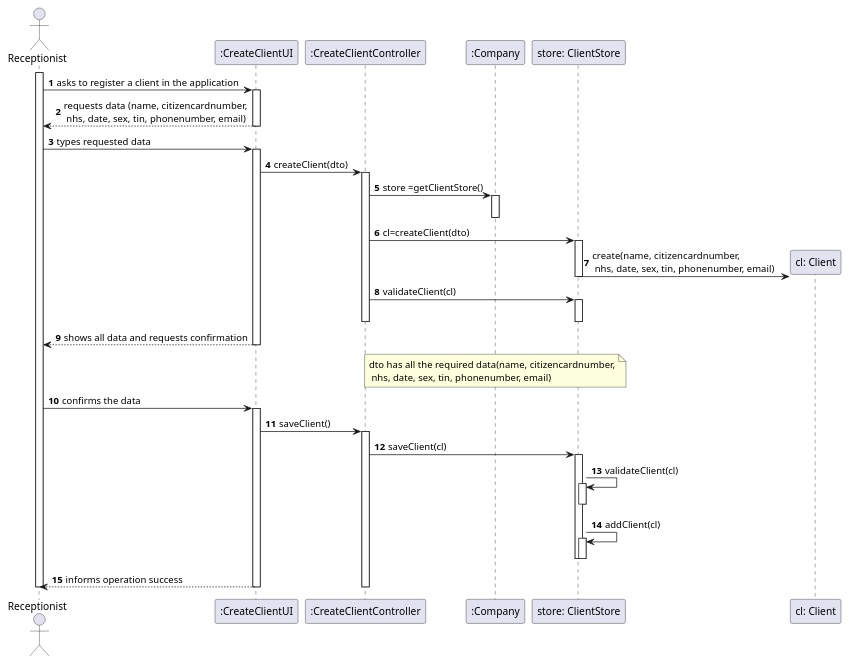
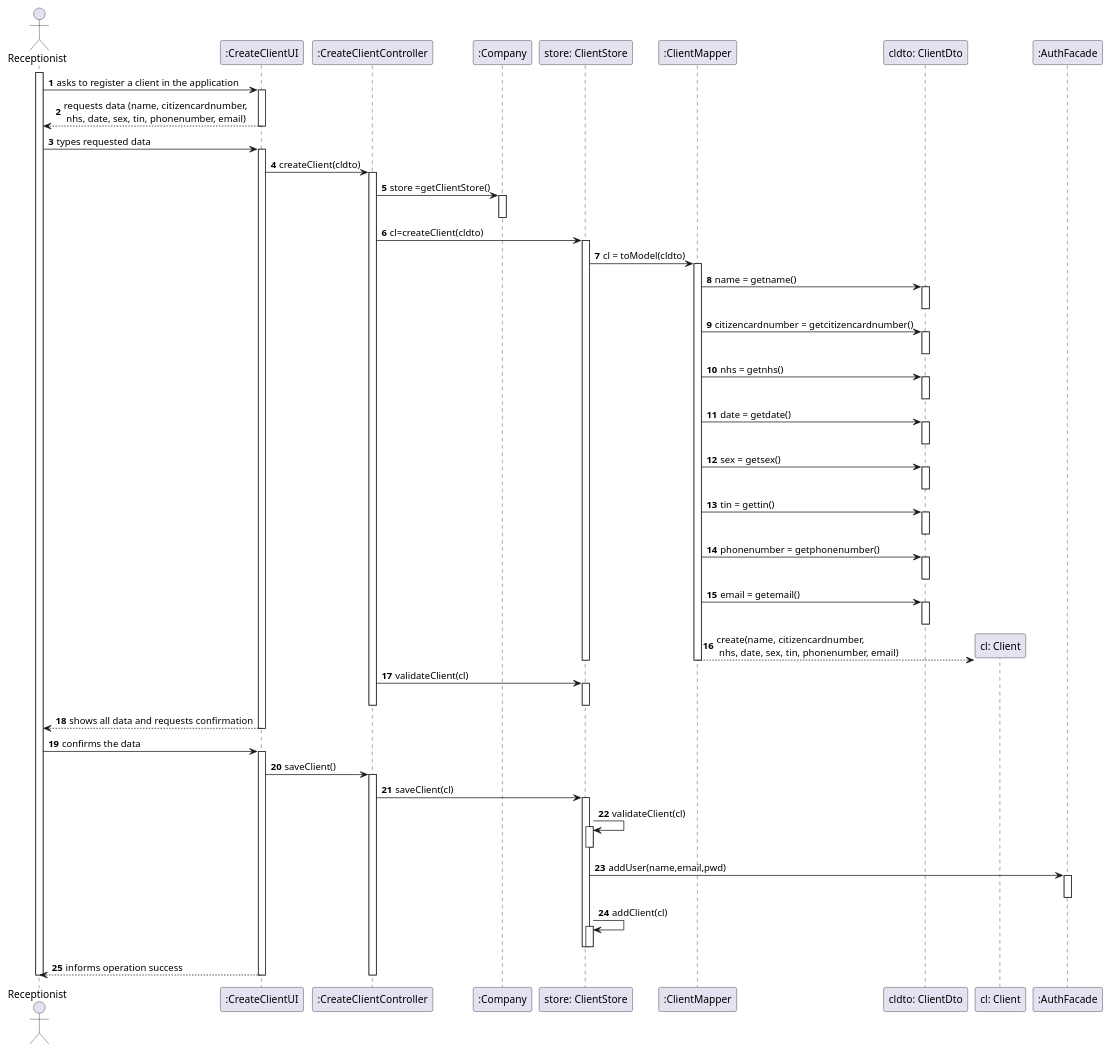
One commit to manu-07-ela/LAPR2_ISEP changed the diagram in docs/SprintB/US03/US3_SD.puml. Above: the diagram before and after it, drawn with PlantUML. The commit also changed 3 other files, not shown here.

```diff
--- a/docs/SprintB/US03/US3_SD.puml
+++ b/docs/SprintB/US03/US3_SD.puml
@@ -1,66 +1,110 @@
 @startuml
 autonumber
 'hide footbox
 actor "Receptionist" as REP
 
 participant ":CreateClientUI" as UI
 participant ":CreateClientController" as CTRL
 participant ":Company" as COMP
 participant "store: ClientStore" as CS
+participant ":ClientMapper" as CM
+participant "cldto: ClientDto" as CDTO
 participant "cl: Client" as CL
+participant ":AuthFacade" as AF
 
 activate REP
 REP -> UI : asks to register a client in the application
 activate UI
 UI --> REP : requests data (name, citizencardnumber,\n nhs, date, sex, tin, phonenumber, email)
 deactivate UI
 
 REP -> UI : types requested data
 activate UI
 
-UI -> CTRL : createClient(dto)
+UI -> CTRL : createClient(cldto)
 activate CTRL
 
 CTRL -> COMP : store =getClientStore()
 activate COMP
 deactivate COMP
 
-CTRL -> CS : cl=createClient(dto)
+CTRL -> CS : cl=createClient(cldto)
 activate CS
 
-CS -> CL** : create(name, citizencardnumber,\n nhs, date, sex, tin, phonenumber, email)
+CS -> CM : cl = toModel(cldto)
+
+activate CM
+CM -> CDTO : name = getname()
+activate CDTO
+deactivate CDTO
+
+CM -> CDTO : citizencardnumber = getcitizencardnumber()
+activate CDTO
+deactivate CDTO
+
+CM -> CDTO : nhs = getnhs()
+activate CDTO
+deactivate CDTO
+
+CM -> CDTO : date = getdate()
+activate CDTO
+deactivate CDTO
+
+CM -> CDTO : sex = getsex()
+activate CDTO
+deactivate CDTO
+
+CM -> CDTO : tin = gettin()
+activate CDTO
+deactivate CDTO
+
+CM -> CDTO : phonenumber = getphonenumber()
+activate CDTO
+deactivate CDTO
+
+CM -> CDTO : email = getemail()
+activate CDTO
+deactivate CDTO
+
+CM --> CL** : create(name, citizencardnumber,\n nhs, date, sex, tin, phonenumber, email)
+deactivate CM
 deactivate CS
+
 CTRL -> CS : validateClient(cl)
 activate CS
 deactivate CS
 deactivate CTRL
 
 UI --> REP : shows all data and requests confirmation
 deactivate COMP
 deactivate UI
-note over COMP: dto has all the required data(name, citizencardnumber,\n nhs, date, sex, tin, phonenumber, email)
 
 REP -> UI : confirms the data
 activate UI
 UI -> CTRL : saveClient()
 activate CTRL
 
 CTRL -> CS : saveClient(cl)
 activate CS
 
 CS -> CS: validateClient(cl)
 activate CS
 deactivate CS
+
+CS -> AF: addUser(name,email,pwd)
+activate AF
+deactivate AF
+
 CS -> CS: addClient(cl)
 activate CS
 deactivate CS
 deactivate CS
 
 UI --> REP : informs operation success
 deactivate COMP
 deactivate CTRL
 deactivate UI
 
 deactivate REP
 
 @enduml
```
